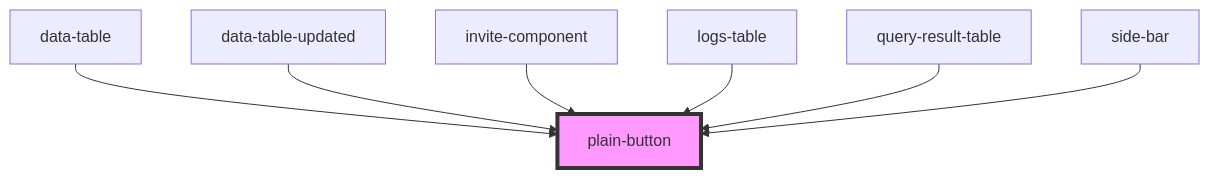
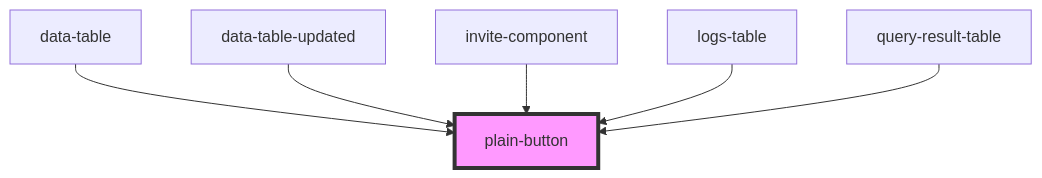
One commit to techvariable/NeptuneConnectComponents changed the diagram in src/components/common/plain-button/readme.md. Above: the diagram before and after it, drawn with Mermaid. The commit also changed other lines of this file and 10 other files, not shown here.

````diff
--- a/src/components/common/plain-button/readme.md
+++ b/src/components/common/plain-button/readme.md
@@ -33,10 +32,9 @@
 ```mermaid
 graph TD;
   data-table --> plain-button
   data-table-updated --> plain-button
   invite-component --> plain-button
   logs-table --> plain-button
   query-result-table --> plain-button
-  side-bar --> plain-button
   style plain-button fill:#f9f,stroke:#333,stroke-width:4px
 ```
````
